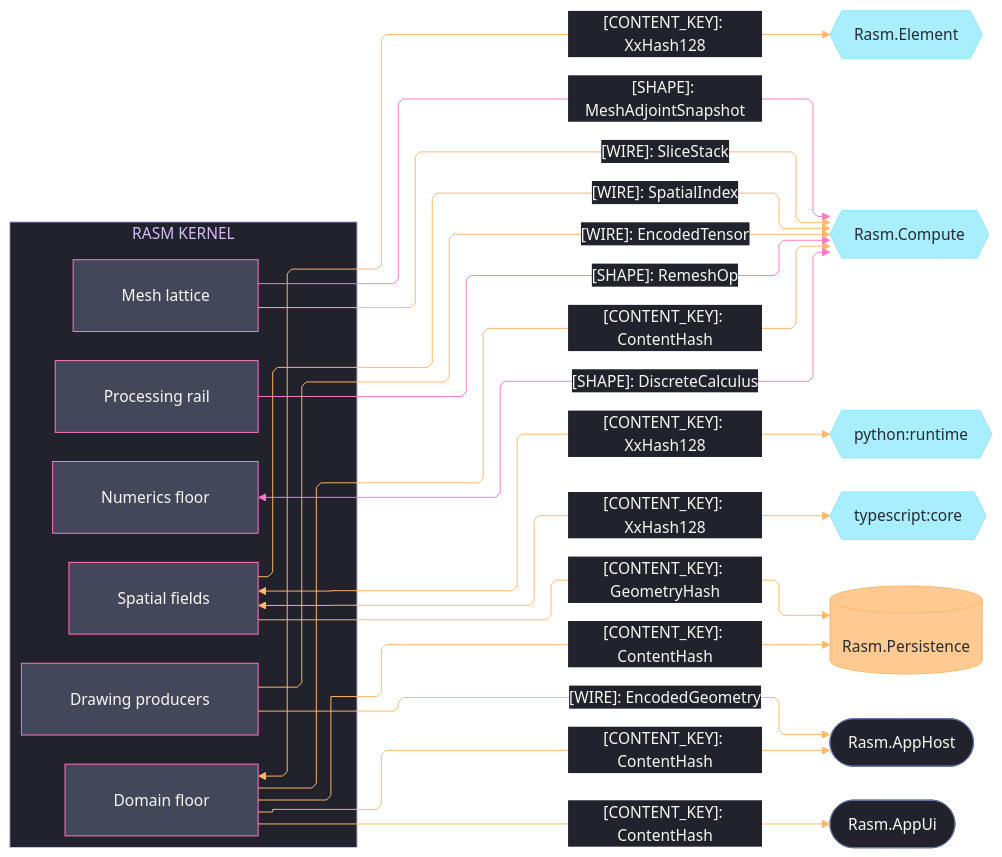
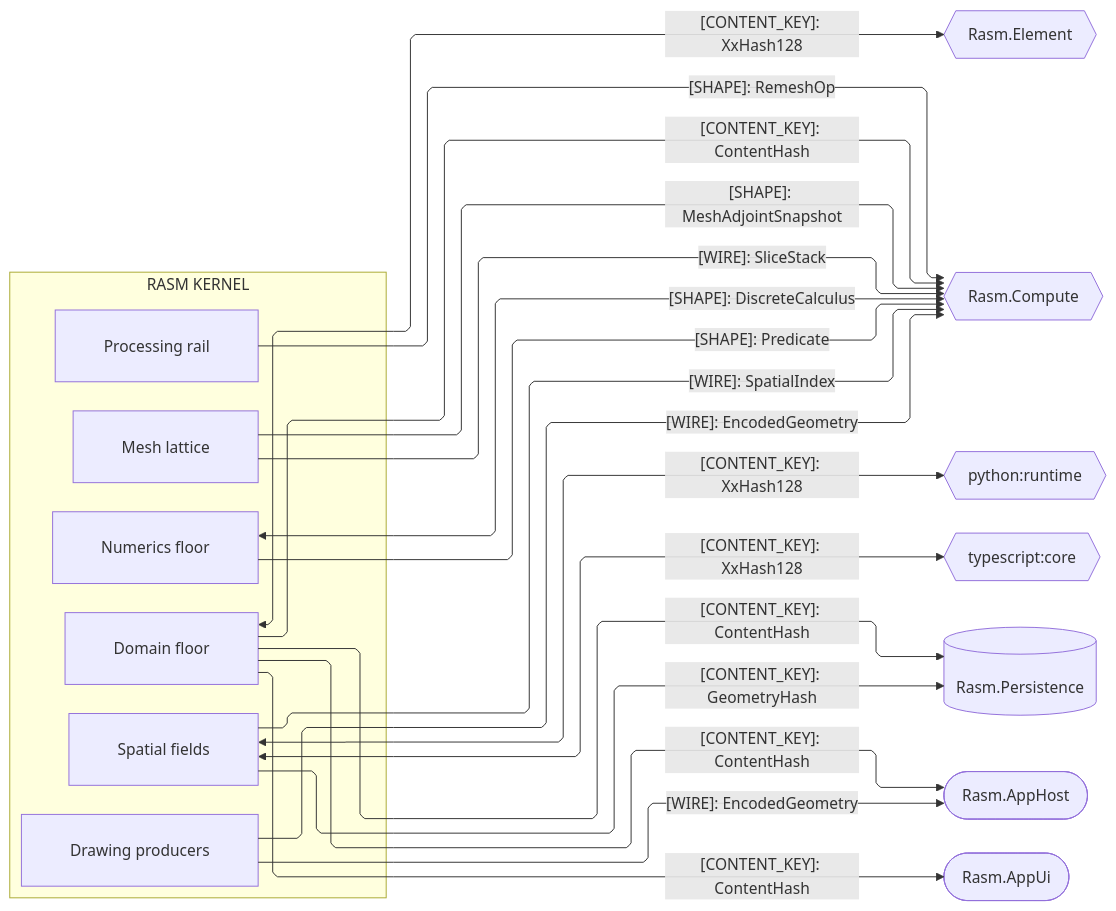
The second of 4 diagrams in libs/csharp/Rasm/ARCHITECTURE.md (bsamiee/Rasm), drawn with Mermaid before and after one commit. The commit also changed other lines of this file and 460 other files, not shown here.

````diff
--- a/libs/csharp/Rasm/ARCHITECTURE.md
+++ b/libs/csharp/Rasm/ARCHITECTURE.md
@@ -166,73 +139,43 @@
 ```mermaid
 ---
 config:
-  theme: base
-  look: classic
   layout: elk
   flowchart:
     curve: linear
     padding: 25
-  themeVariables:
-    darkMode: true
-    fontFamily: "SF Mono, Menlo, Cascadia Mono, Segoe UI Mono, Consolas, monospace"
-    useGradient: false
-    dropShadow: "none"
-    background: "#282A36"
-    primaryColor: "#44475A"
-    primaryTextColor: "#F8F8F2"
-    primaryBorderColor: "#BD93F9"
-    lineColor: "#FF79C6"
-    textColor: "#F8F8F2"
-    clusterBkg: "#21222C"
-    clusterBorder: "#D6BCFA"
-    edgeLabelBackground: "#21222C"
-    labelBackgroundColor: "#21222C"
-    titleColor: "#D6BCFA"
-  themeCSS: ".nodeLabel{font-size:13px;font-weight:500}.edgeLabel{font-size:12px;font-weight:500}.cluster-label .nodeLabel{font-size:13.5px;font-weight:700;letter-spacing:.08em}.edge-thickness-normal{stroke-width:2px}.edge-thickness-thick{stroke-width:3px}.edge-pattern-dashed,.edge-pattern-dotted{stroke-width:1.5px;stroke-dasharray:4 6}.node rect,.node circle,.node polygon,.node path,.node .outer-path{stroke-width:1.5px;filter:none!important}.cluster rect{stroke-width:1px!important;stroke-dasharray:5 4!important;filter:none!important}.marker path{transform:scale(.8);transform-origin:5px 5px}.marker circle{transform:scale(.48);transform-origin:5px 5px}.edgeLabel rect{transform-box:fill-box;transform-origin:center;transform:scale(1.1,1.2)}"
 ---
 flowchart LR
     accTitle: Kernel content-key and compute-plane seams
-    accDescr: Kernel sub-domain owners federating content keys and exchanging compute wires with the element, persistence, compute, app-host, app-shell, and the Python and TypeScript peers, edge rails colored by kind and nodes classed by seam direction.
+    accDescr: Kernel sub-domain owners federating content keys and exchanging compute wires with the element, persistence, compute, app-host, app-shell, and the Python and TypeScript peers, one edge per contract family labeled by kind.
     subgraph rasm[RASM KERNEL]
         Domain[Domain floor]
         Numerics[Numerics floor]
         Spatial[Spatial fields]
         Meshing[Mesh lattice]
         Processing[Processing rail]
         Drawing[Drawing producers]
     end
     Element{{Rasm.Element}}
     Compute{{Rasm.Compute}}
     Runtime{{python:runtime}}
     Core{{typescript:core}}
     Persistence[(Rasm.Persistence)]
     AppHost([Rasm.AppHost])
     AppUi([Rasm.AppUi])
     Domain e1@<-->|"[CONTENT_KEY]: XxHash128"| Element
     Domain e2@-->|"[CONTENT_KEY]: ContentHash"| Persistence
     Domain e3@-->|"[CONTENT_KEY]: ContentHash"| Compute
     Domain e4@-->|"[CONTENT_KEY]: ContentHash"| AppHost
     Domain e5@-->|"[CONTENT_KEY]: ContentHash"| AppUi
     Spatial e6@-->|"[CONTENT_KEY]: GeometryHash"| Persistence
     Spatial e7@<-->|"[CONTENT_KEY]: XxHash128"| Runtime
     Spatial e8@<-->|"[CONTENT_KEY]: XxHash128"| Core
     Numerics e9@<-->|"[SHAPE]: DiscreteCalculus"| Compute
+    Numerics e16@-->|"[SHAPE]: Predicate"| Compute
     Meshing e10@-->|"[SHAPE]: MeshAdjointSnapshot"| Compute
     Meshing e11@-->|"[WIRE]: SliceStack"| Compute
     Spatial e12@-->|"[WIRE]: SpatialIndex"| Compute
     Processing e13@-->|"[SHAPE]: RemeshOp"| Compute
-    Drawing e14@-->|"[WIRE]: EncodedTensor"| Compute
+    Drawing e14@-->|"[WIRE]: EncodedGeometry"| Compute
     Drawing e15@-->|"[WIRE]: EncodedGeometry"| AppHost
-    classDef primary fill:#44475A,stroke:#FF79C6,color:#F8F8F2
-    classDef external fill:#8BE9FDBF,stroke:#8BE9FD,color:#282A36
-    classDef data fill:#FFB86CBF,stroke:#FFB86C,color:#282A36
-    classDef annotation fill:#21222C,stroke:#6272A4,color:#F8F8F2
-    classDef edgeData stroke:#FFB86C,color:#F8F8F2
-    classDef edgeControl stroke:#FF79C6,color:#F8F8F2
-    class Domain,Numerics,Spatial,Meshing,Processing,Drawing primary
-    class Element,Compute,Runtime,Core external
-    class Persistence data
-    class AppHost,AppUi annotation
-    class e1,e2,e3,e4,e5,e6,e7,e8,e11,e12,e14,e15 edgeData
-    class e9,e10,e13 edgeControl
 ```
````
